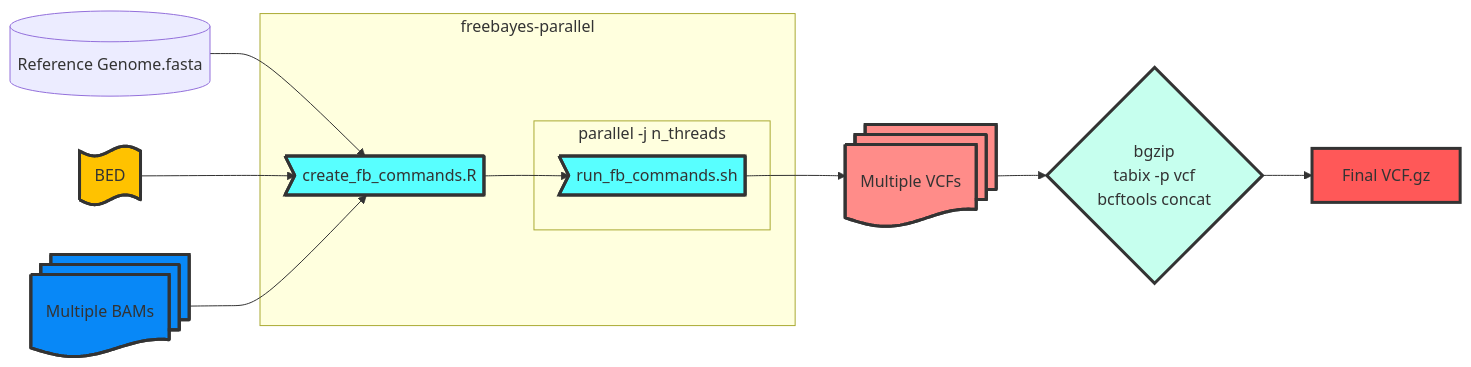
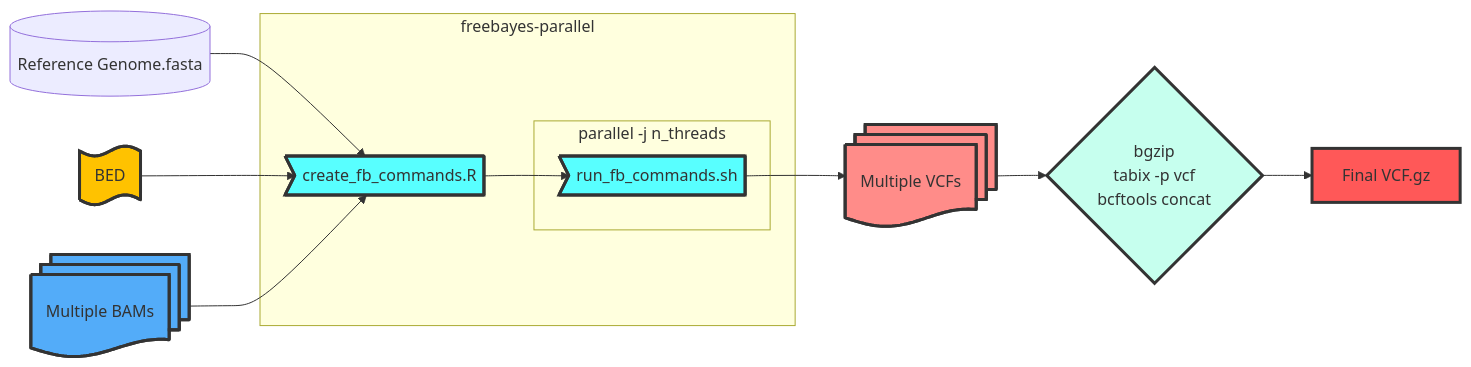
One commit to marceelrf/ForenseBioinfo_life changed the diagram in freebayes/freebayes_mult.mmd. Above: the diagram before and after it, drawn with Mermaid.

```diff
--- a/freebayes/freebayes_mult.mmd
+++ b/freebayes/freebayes_mult.mmd
@@ -1,41 +1,41 @@
 graph LR;
 
     bams@{shape: docs, label: "Multiple BAMs"}
     bed@{ shape: paper-tape, label: "BED"}
     vcf@{shape: docs, label: "Multiple VCFs"}
 
     
 
     f0[("Reference Genome.fasta")]
     f0 & bed & bams --> f1
 
     subgraph "freebayes-parallel";
     f1>create_fb_commands.R]
     f1 --> f2
     
         subgraph "parallel -j n_threads"
         f2>run_fb_commands.sh]
         end
     
 
     end
     f2 --> vcf --> cmd1
     
     cmd1{"bgzip
     tabix -p vcf
     bcftools concat"}
 
     cmd1 --> f3["Final VCF.gz"]
 
 
 
 
 
 style f1 fill:#58FFFF,stroke:#333,stroke-width:3px;
 style f2 fill:#58FFFF,stroke:#333,stroke-width:3px;
 style vcf fill:#FF8C89,stroke:#333,stroke-width:3px;
 style cmd1 fill:#c6ffee,stroke:#333,stroke-width:3px;
 style f2 fill:#58FFFF,stroke:#333,stroke-width:3px;
 style f3 fill:#FF5858,stroke:#333,stroke-width:3px;
 style bed fill:#ffc200,stroke:#333,stroke-width:3px;
-style bams fill:#0888f7,stroke:#333,stroke-width:3px;
+style bams fill:#53acf9,stroke:#333,stroke-width:3px;
```
